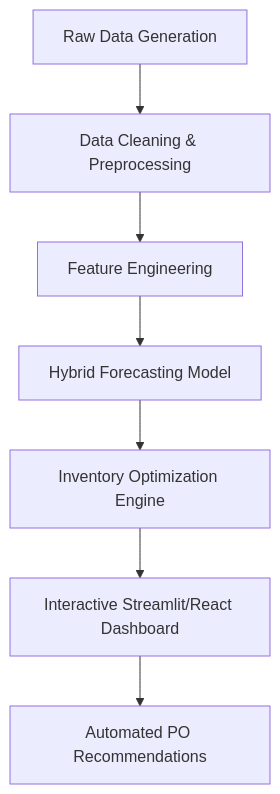
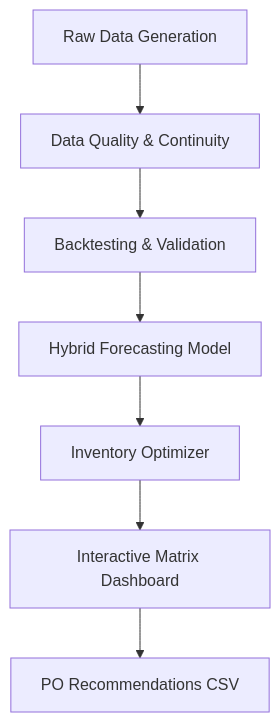
Before and after one commit to hubliayan-dotcom/Data-Science-Project-5-: the diagram in README.md, drawn with Mermaid. The commit also changed other lines of this file and 3 other files, not shown here.

````diff
--- a/README.md
+++ b/README.md
@@ -28,9 +45,9 @@
 ```mermaid
 graph TD
-    A[Raw Data Generation] --> B[Data Cleaning & Preprocessing]
-    B --> C[Feature Engineering]
+    A[Raw Data Generation] --> B[Data Quality & Continuity]
+    B --> C[Backtesting & Validation]
     C --> D[Hybrid Forecasting Model]
-    D --> E[Inventory Optimization Engine]
-    E --> F[Interactive Streamlit/React Dashboard]
-    F --> G[Automated PO Recommendations]
+    D --> E[Inventory Optimizer]
+    E --> F[Interactive Matrix Dashboard]
+    F --> G[PO Recommendations CSV]
 ```
````
